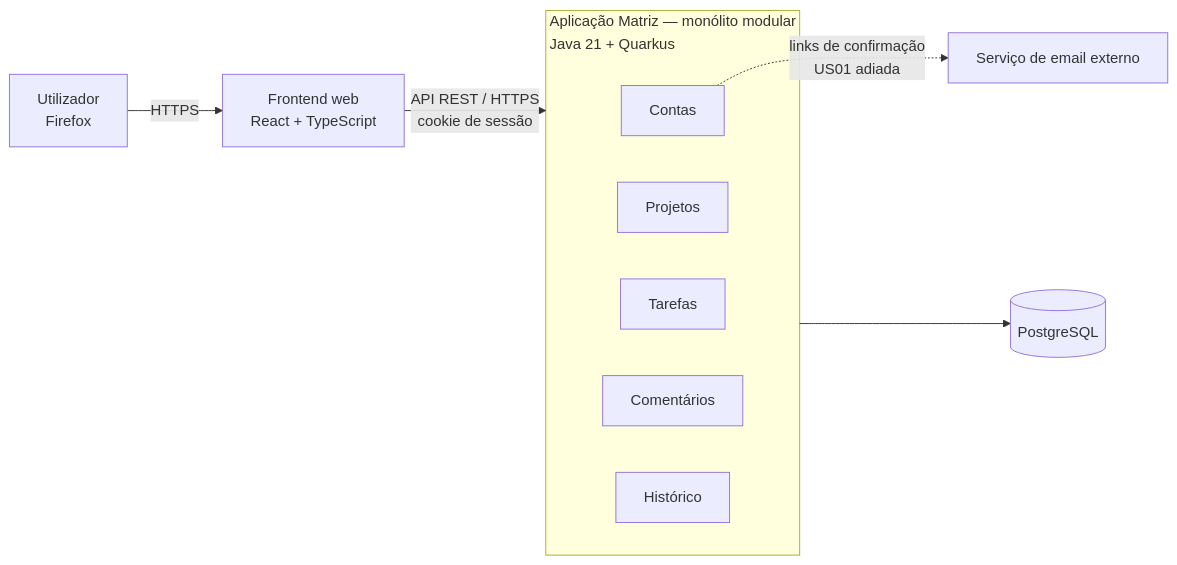
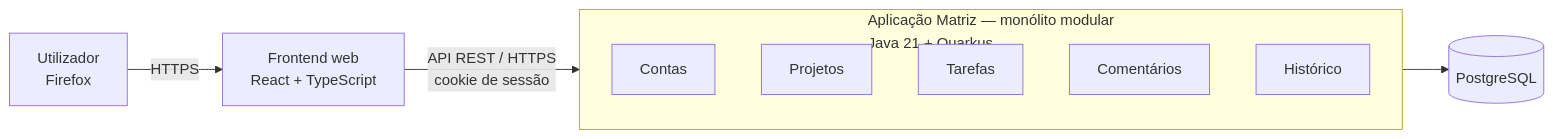
The first of 2 diagrams in docs/architecture.md (jmariz-costa/ESMAD-Matriz), drawn with Mermaid before and after one commit. The commit also changed other lines of this file and 21 other files, not shown here.

````diff
--- a/docs/architecture.md
+++ b/docs/architecture.md
@@ -53,16 +53,15 @@
 ```mermaid
 flowchart LR
     U[Utilizador<br/>Firefox] -->|HTTPS| FE[Frontend web<br/>React + TypeScript]
     FE -->|API REST / HTTPS<br/>cookie de sessão| BE
 
     subgraph BE[Aplicação Matriz — monólito modular<br/>Java 21 + Quarkus]
         C[Contas]
         P[Projetos]
         T[Tarefas]
         CM[Comentários]
         H[Histórico]
     end
 
     BE --> DB[(PostgreSQL)]
-    C -.->|links de confirmação<br/>US01 adiada| EM[Serviço de email externo]
 ```
````
